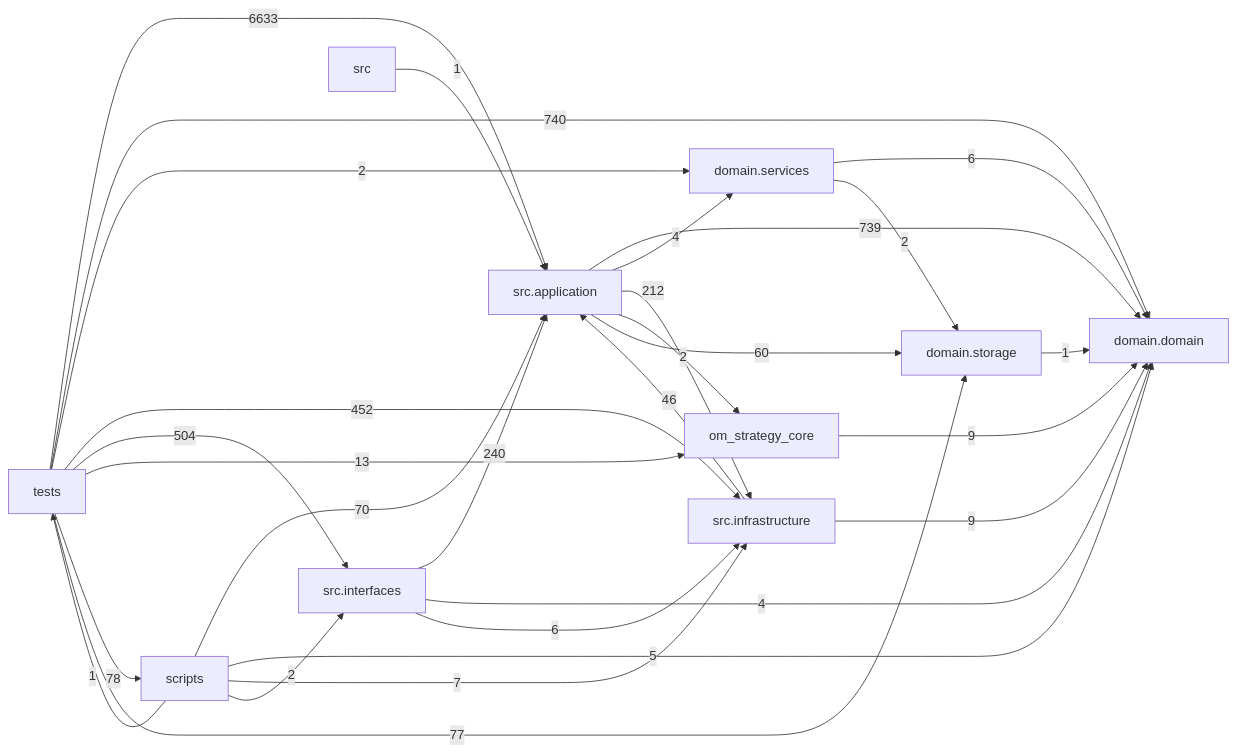
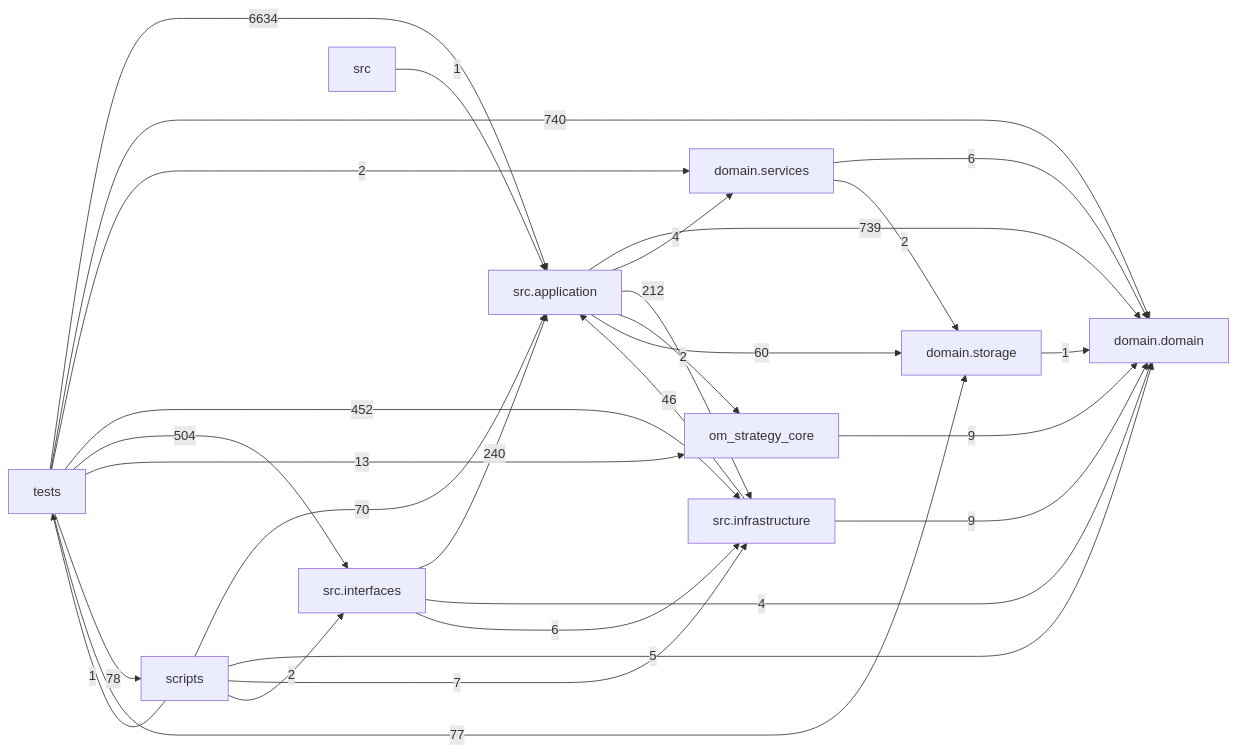
One commit to liuxie066/options-monitor changed the diagram in docs/DEPENDENCY_GRAPH.md. Above: the diagram before and after it, drawn with Mermaid. The commit also changed other lines of this file and 2 other files, not shown here.

````diff
--- a/docs/DEPENDENCY_GRAPH.md
+++ b/docs/DEPENDENCY_GRAPH.md
@@ -24,39 +24,39 @@
 ```mermaid
 flowchart LR
   tests["tests"]
   scripts["scripts"]
   interfaces["src.interfaces"]
   application["src.application"]
   infrastructure["src.infrastructure"]
   domain_services["domain.services"]
   domain["domain.domain"]
   storage["domain.storage"]
   application -->|739| domain
   application -->|4| domain_services
   application -->|212| infrastructure
   application -->|2| om_strategy_core
   application -->|60| storage
   domain_services -->|6| domain
   domain_services -->|2| storage
   infrastructure -->|46| application
   infrastructure -->|9| domain
   interfaces -->|240| application
   interfaces -->|4| domain
   interfaces -->|6| infrastructure
   om_strategy_core -->|9| domain
   scripts -->|70| application
   scripts -->|5| domain
   scripts -->|7| infrastructure
   scripts -->|2| interfaces
   scripts -->|1| tests
   src -->|1| application
   storage -->|1| domain
-  tests -->|6633| application
+  tests -->|6634| application
   tests -->|740| domain
   tests -->|2| domain_services
   tests -->|452| infrastructure
   tests -->|504| interfaces
   tests -->|13| om_strategy_core
   tests -->|78| scripts
   tests -->|77| storage
 ```
````
